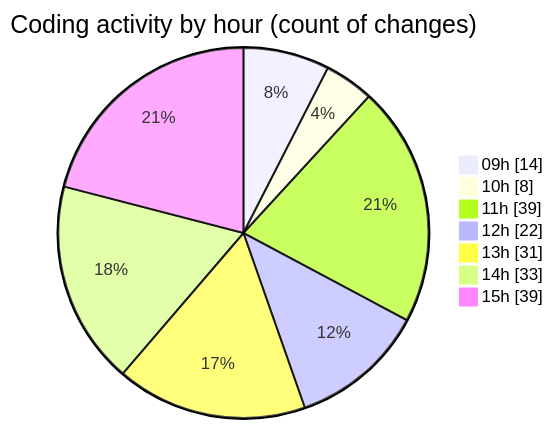
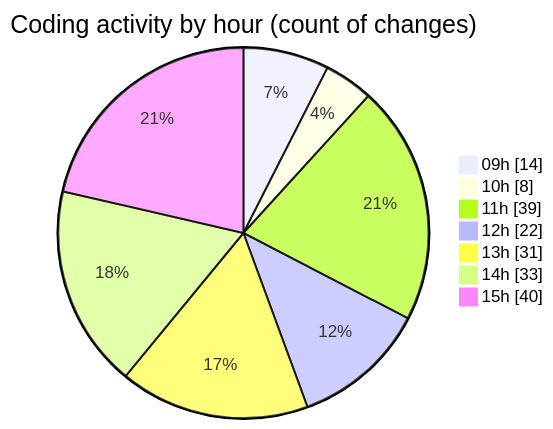
Before and after one commit to momahboobian/code-tracking: the second of 2 diagrams in 2025-02-07/cda/README.md, drawn with Mermaid. The commit also changed other lines of this file and 1 other file, not shown here.

````diff
--- a/2025-02-07/cda/README.md
+++ b/2025-02-07/cda/README.md
@@ -66,11 +66,11 @@
 ```mermaid
 pie showData
 title Coding activity by hour (count of changes)
 "09h" : 14
 "10h" : 8
 "11h" : 39
 "12h" : 22
 "13h" : 31
 "14h" : 33
-"15h" : 39
+"15h" : 40
 ```
````
